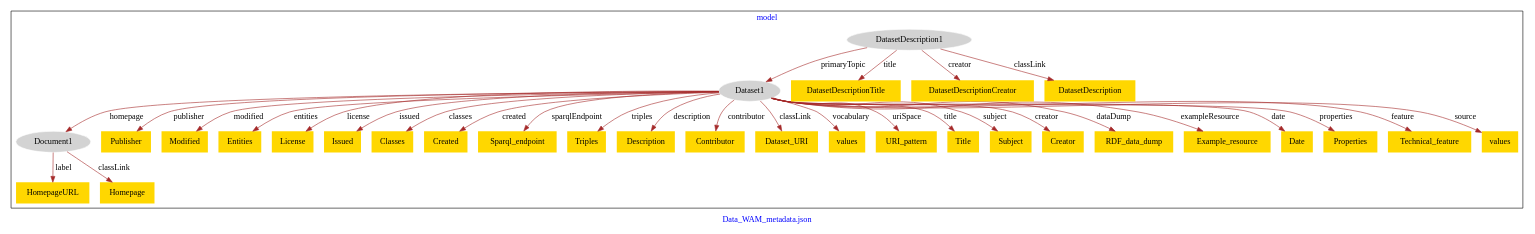
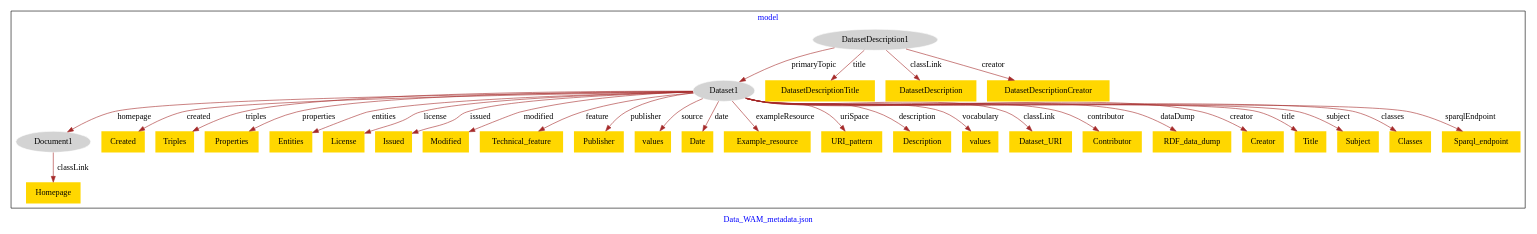
The diagram in WAM_AAC_VoIDDescription/WAM_Metadata-model.dot (american-art/wam), drawn with Graphviz before and after one commit.

Commit message:
Update file WAM_Metadata-model.dot

```diff
--- a/WAM_AAC_VoIDDescription/WAM_Metadata-model.dot
+++ b/WAM_AAC_VoIDDescription/WAM_Metadata-model.dot
@@ -1,69 +1,67 @@
 digraph n0 {
 fontcolor="blue"
 remincross="true"
 label="Data_WAM_metadata.json"
 subgraph cluster {
 label="model"
 n2[style="filled",color="white",fillcolor="lightgray",label="Dataset1"];
 n3[style="filled",color="white",fillcolor="lightgray",label="Document1"];
 n4[style="filled",color="white",fillcolor="lightgray",label="DatasetDescription1"];
-n5[shape="plaintext",style="filled",fillcolor="gold",label="Publisher"];
-n6[shape="plaintext",style="filled",fillcolor="gold",label="HomepageURL"];
-n7[shape="plaintext",style="filled",fillcolor="gold",label="Modified"];
-n8[shape="plaintext",style="filled",fillcolor="gold",label="Entities"];
-n9[shape="plaintext",style="filled",fillcolor="gold",label="License"];
-n10[shape="plaintext",style="filled",fillcolor="gold",label="Issued"];
-n11[shape="plaintext",style="filled",fillcolor="gold",label="Classes"];
-n12[shape="plaintext",style="filled",fillcolor="gold",label="DatasetDescriptionTitle"];
-n13[shape="plaintext",style="filled",fillcolor="gold",label="Created"];
-n14[shape="plaintext",style="filled",fillcolor="gold",label="Sparql_endpoint"];
-n15[shape="plaintext",style="filled",fillcolor="gold",label="Homepage"];
-n16[shape="plaintext",style="filled",fillcolor="gold",label="Triples"];
-n17[shape="plaintext",style="filled",fillcolor="gold",label="Description"];
-n18[shape="plaintext",style="filled",fillcolor="gold",label="DatasetDescriptionCreator"];
-n19[shape="plaintext",style="filled",fillcolor="gold",label="Contributor"];
-n20[shape="plaintext",style="filled",fillcolor="gold",label="Dataset_URI"];
+n5[shape="plaintext",style="filled",fillcolor="gold",label="Homepage"];
+n6[shape="plaintext",style="filled",fillcolor="gold",label="DatasetDescriptionTitle"];
+n7[shape="plaintext",style="filled",fillcolor="gold",label="Created"];
+n8[shape="plaintext",style="filled",fillcolor="gold",label="Triples"];
+n9[shape="plaintext",style="filled",fillcolor="gold",label="Properties"];
+n10[shape="plaintext",style="filled",fillcolor="gold",label="Entities"];
+n11[shape="plaintext",style="filled",fillcolor="gold",label="License"];
+n12[shape="plaintext",style="filled",fillcolor="gold",label="Issued"];
+n13[shape="plaintext",style="filled",fillcolor="gold",label="Modified"];
+n14[shape="plaintext",style="filled",fillcolor="gold",label="Technical_feature"];
+n15[shape="plaintext",style="filled",fillcolor="gold",label="Publisher"];
+n16[shape="plaintext",style="filled",fillcolor="gold",label="values"];
+n17[shape="plaintext",style="filled",fillcolor="gold",label="Date"];
+n18[shape="plaintext",style="filled",fillcolor="gold",label="Example_resource"];
+n19[shape="plaintext",style="filled",fillcolor="gold",label="URI_pattern"];
+n20[shape="plaintext",style="filled",fillcolor="gold",label="Description"];
 n21[shape="plaintext",style="filled",fillcolor="gold",label="values"];
 n22[shape="plaintext",style="filled",fillcolor="gold",label="DatasetDescription"];
-n23[shape="plaintext",style="filled",fillcolor="gold",label="URI_pattern"];
-n24[shape="plaintext",style="filled",fillcolor="gold",label="Title"];
-n25[shape="plaintext",style="filled",fillcolor="gold",label="Subject"];
+n23[shape="plaintext",style="filled",fillcolor="gold",label="Dataset_URI"];
+n24[shape="plaintext",style="filled",fillcolor="gold",label="Contributor"];
+n25[shape="plaintext",style="filled",fillcolor="gold",label="RDF_data_dump"];
 n26[shape="plaintext",style="filled",fillcolor="gold",label="Creator"];
-n27[shape="plaintext",style="filled",fillcolor="gold",label="RDF_data_dump"];
-n28[shape="plaintext",style="filled",fillcolor="gold",label="Example_resource"];
-n29[shape="plaintext",style="filled",fillcolor="gold",label="Date"];
-n30[shape="plaintext",style="filled",fillcolor="gold",label="Properties"];
-n31[shape="plaintext",style="filled",fillcolor="gold",label="Technical_feature"];
-n32[shape="plaintext",style="filled",fillcolor="gold",label="values"];
+n27[shape="plaintext",style="filled",fillcolor="gold",label="Title"];
+n28[shape="plaintext",style="filled",fillcolor="gold",label="Subject"];
+n29[shape="plaintext",style="filled",fillcolor="gold",label="Classes"];
+n30[shape="plaintext",style="filled",fillcolor="gold",label="DatasetDescriptionCreator"];
+n31[shape="plaintext",style="filled",fillcolor="gold",label="Sparql_endpoint"];
 }
 n2 -> n3[color="brown",fontcolor="black",label="homepage"]
 n4 -> n2[color="brown",fontcolor="black",label="primaryTopic"]
-n2 -> n5[color="brown",fontcolor="black",label="publisher"]
-n3 -> n6[color="brown",fontcolor="black",label="label"]
-n2 -> n7[color="brown",fontcolor="black",label="modified"]
-n2 -> n8[color="brown",fontcolor="black",label="entities"]
-n2 -> n9[color="brown",fontcolor="black",label="license"]
-n2 -> n10[color="brown",fontcolor="black",label="issued"]
-n2 -> n11[color="brown",fontcolor="black",label="classes"]
-n4 -> n12[color="brown",fontcolor="black",label="title"]
-n2 -> n13[color="brown",fontcolor="black",label="created"]
-n2 -> n14[color="brown",fontcolor="black",label="sparqlEndpoint"]
-n3 -> n15[color="brown",fontcolor="black",label="classLink"]
-n2 -> n16[color="brown",fontcolor="black",label="triples"]
-n2 -> n17[color="brown",fontcolor="black",label="description"]
-n4 -> n18[color="brown",fontcolor="black",label="creator"]
-n2 -> n19[color="brown",fontcolor="black",label="contributor"]
-n2 -> n20[color="brown",fontcolor="black",label="classLink"]
+n3 -> n5[color="brown",fontcolor="black",label="classLink"]
+n4 -> n6[color="brown",fontcolor="black",label="title"]
+n2 -> n7[color="brown",fontcolor="black",label="created"]
+n2 -> n8[color="brown",fontcolor="black",label="triples"]
+n2 -> n9[color="brown",fontcolor="black",label="properties"]
+n2 -> n10[color="brown",fontcolor="black",label="entities"]
+n2 -> n11[color="brown",fontcolor="black",label="license"]
+n2 -> n12[color="brown",fontcolor="black",label="issued"]
+n2 -> n13[color="brown",fontcolor="black",label="modified"]
+n2 -> n14[color="brown",fontcolor="black",label="feature"]
+n2 -> n15[color="brown",fontcolor="black",label="publisher"]
+n2 -> n16[color="brown",fontcolor="black",label="source"]
+n2 -> n17[color="brown",fontcolor="black",label="date"]
+n2 -> n18[color="brown",fontcolor="black",label="exampleResource"]
+n2 -> n19[color="brown",fontcolor="black",label="uriSpace"]
+n2 -> n20[color="brown",fontcolor="black",label="description"]
 n2 -> n21[color="brown",fontcolor="black",label="vocabulary"]
 n4 -> n22[color="brown",fontcolor="black",label="classLink"]
-n2 -> n23[color="brown",fontcolor="black",label="uriSpace"]
-n2 -> n24[color="brown",fontcolor="black",label="title"]
-n2 -> n25[color="brown",fontcolor="black",label="subject"]
+n2 -> n23[color="brown",fontcolor="black",label="classLink"]
+n2 -> n24[color="brown",fontcolor="black",label="contributor"]
+n2 -> n25[color="brown",fontcolor="black",label="dataDump"]
 n2 -> n26[color="brown",fontcolor="black",label="creator"]
-n2 -> n27[color="brown",fontcolor="black",label="dataDump"]
-n2 -> n28[color="brown",fontcolor="black",label="exampleResource"]
-n2 -> n29[color="brown",fontcolor="black",label="date"]
-n2 -> n30[color="brown",fontcolor="black",label="properties"]
-n2 -> n31[color="brown",fontcolor="black",label="feature"]
-n2 -> n32[color="brown",fontcolor="black",label="source"]
+n2 -> n27[color="brown",fontcolor="black",label="title"]
+n2 -> n28[color="brown",fontcolor="black",label="subject"]
+n2 -> n29[color="brown",fontcolor="black",label="classes"]
+n4 -> n30[color="brown",fontcolor="black",label="creator"]
+n2 -> n31[color="brown",fontcolor="black",label="sparqlEndpoint"]
 }
```
